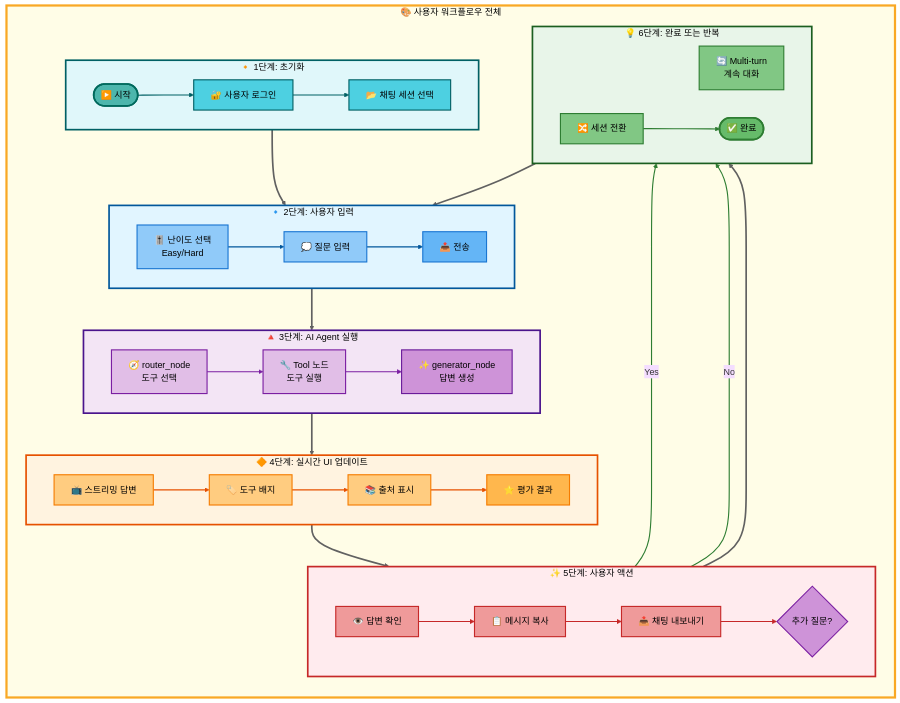
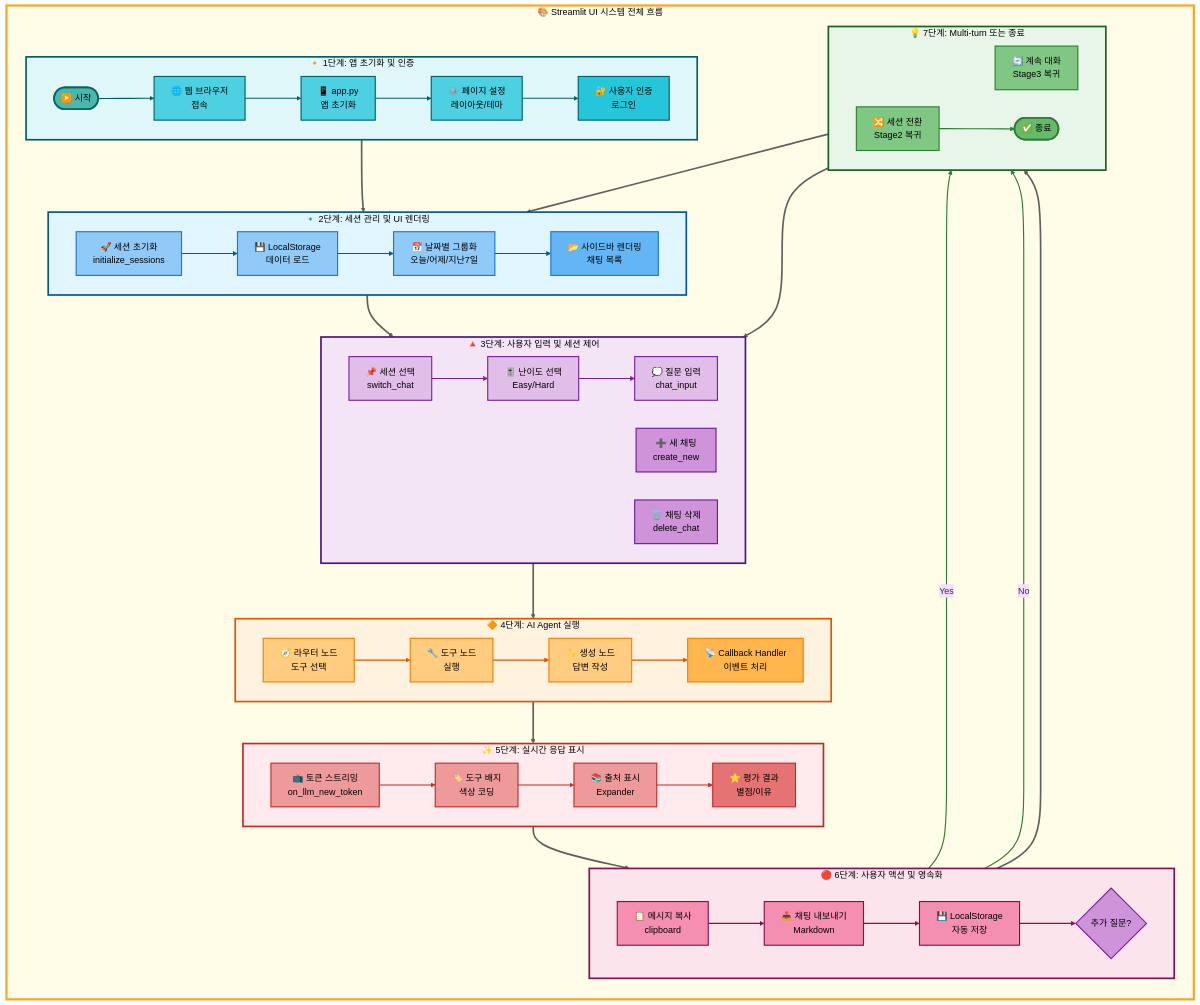
Before and after one commit to AIBootcamp14/langchainproject-new-langchainproject_5: the ninth of 10 diagrams in README.md, drawn with Mermaid (base theme). The commit also changed other lines of this file, not shown here.

Commit message:
docs: Streamlit UI 시스템 아키텍처 통합 (3개 → 1개)
- 기존 3개 아키텍처 통합 (UI 시스템 + 멀티 세션 + 워크플로우)
- 7단계 통합 아키텍처 생성
  1단계: 앱 초기화 및 인증 (청록)
  2단계: 세션 관리 및 UI 렌더링 (파랑)
  3단계: 사용자 입력 및 세션 제어 (보라)
  4단계: AI Agent 실행 (주황)
  5단계: 실시간 응답 표시 (빨강)
  6단계: 사용자 액션 및 영속화 (핑크)
  7단계: Multi-turn 또는 종료 (녹색)
- mermaid_style_3.md 스타일 완벽 준수
- MainFlow 래퍼 + direction TB/LR 구조
- 7단계 색상 팔레트 적용 (청록→파랑→보라→주황→빨강→핑크→녹색)
- Multi-turn 루프백 연결 (Stage7 → Stage3, Stage2)
- 단계 간 회색 연결선, 단계 내 색상 연결선
- linkStyle 순차 번호 (0~28)
- 아키텍처 설명 문단 추가 (7단계 흐름 상세 설명)
- 중복 다이어그램 제거로 문서 간결화 (292줄 → 150줄)

````diff
--- a/README.md
+++ b/README.md
@@ -4767,65 +4517,84 @@
 ```mermaid
 graph TB
-    subgraph MainFlow["🎨 사용자 워크플로우 전체"]
+    subgraph MainFlow["🎨 Streamlit UI 시스템 전체 흐름"]
         direction TB
 
-        subgraph Stage1["🔸 1단계: 초기화"]
+        subgraph Stage1["🔸 1단계: 앱 초기화 및 인증"]
             direction LR
             Start([▶️ 시작])
-            Login["🔐 사용자 로그인"]
-            SelectSession["📂 채팅 세션 선택"]
-            Start --> Login
-            Login --> SelectSession
+            Browser["🌐 웹 브라우저<br/>접속"]
+            AppInit["📱 app.py<br/>앱 초기화"]
+            PageConfig["⚙️ 페이지 설정<br/>레이아웃/테마"]
+            Auth["🔐 사용자 인증<br/>로그인"]
+            Start --> Browser
+            Browser --> AppInit
+            AppInit --> PageConfig
+            PageConfig --> Auth
         end
 
-        subgraph Stage2["🔹 2단계: 사용자 입력"]
+        subgraph Stage2["🔹 2단계: 세션 관리 및 UI 렌더링"]
             direction LR
-            Difficulty["🎚️ 난이도 선택<br/>Easy/Hard"]
-            Question["💭 질문 입력"]
-            Submit["📤 전송"]
-            Difficulty --> Question
-            Question --> Submit
+            InitSession["🚀 세션 초기화<br/>initialize_sessions"]
+            LoadLS["💾 LocalStorage<br/>데이터 로드"]
+            GroupDate["📅 날짜별 그룹화<br/>오늘/어제/지난7일"]
+            RenderSidebar["📂 사이드바 렌더링<br/>채팅 목록"]
+            InitSession --> LoadLS
+            LoadLS --> GroupDate
+            GroupDate --> RenderSidebar
         end
 
-        subgraph Stage3["🔺 3단계: AI Agent 실행"]
+        subgraph Stage3["🔺 3단계: 사용자 입력 및 세션 제어"]
             direction LR
-            Router["🧭 router_node<br/>도구 선택"]
-            Tool["🔧 Tool 노드<br/>도구 실행"]
-            Generator["✨ generator_node<br/>답변 생성"]
-            Router --> Tool
-            Tool --> Generator
+            SelectSession["📌 세션 선택<br/>switch_chat"]
+            Difficulty["🎚️ 난이도 선택<br/>Easy/Hard"]
+            Question["💭 질문 입력<br/>chat_input"]
+            NewChat["➕ 새 채팅<br/>create_new"]
+            DeleteChat["🗑️ 채팅 삭제<br/>delete_chat"]
+            SelectSession --> Difficulty
+            Difficulty --> Question
         end
 
-        subgraph Stage4["🔶 4단계: 실시간 UI 업데이트"]
+        subgraph Stage4["🔶 4단계: AI Agent 실행"]
             direction LR
-            Streaming["📺 스트리밍 답변"]
-            ToolBadge["🏷️ 도구 배지"]
-            Sources["📚 출처 표시"]
-            Eval["⭐ 평가 결과"]
-            Streaming --> ToolBadge
-            ToolBadge --> Sources
-            Sources --> Eval
+            RouterNode["🧭 라우터 노드<br/>도구 선택"]
+            ToolNode["🔧 도구 노드<br/>실행"]
+            GenNode["✨ 생성 노드<br/>답변 작성"]
+            CallbackHandler["📡 Callback Handler<br/>이벤트 처리"]
+            RouterNode --> ToolNode
+            ToolNode --> GenNode
+            GenNode --> CallbackHandler
         end
 
-        subgraph Stage5["✨ 5단계: 사용자 액션"]
+        subgraph Stage5["✨ 5단계: 실시간 응답 표시"]
             direction LR
-            View["👁️ 답변 확인"]
-            Copy["📋 메시지 복사"]
-            Export["📤 채팅 내보내기"]
-            Next{추가 질문?}
-            View --> Copy
-            Copy --> Export
-            Export --> Next
+            TokenStream["📺 토큰 스트리밍<br/>on_llm_new_token"]
+            ToolBadge["🏷️ 도구 배지<br/>색상 코딩"]
+            Sources["📚 출처 표시<br/>Expander"]
+            Evaluation["⭐ 평가 결과<br/>별점/이유"]
+            TokenStream --> ToolBadge
+            ToolBadge --> Sources
+            Sources --> Evaluation
         end
 
-        subgraph Output["💡 6단계: 완료 또는 반복"]
+        subgraph Stage6["🔴 6단계: 사용자 액션 및 영속화"]
             direction LR
-            MultiTurn["🔄 Multi-turn<br/>계속 대화"]
-            Switch["🔀 세션 전환"]
-            End([✅ 완료])
-            Next -->|Yes| MultiTurn
-            Next -->|No| Switch
-            Switch --> End
+            MessageCopy["📋 메시지 복사<br/>clipboard"]
+            ChatExport["📤 채팅 내보내기<br/>Markdown"]
+            SaveLS["💾 LocalStorage<br/>자동 저장"]
+            NextQuestion{추가 질문?}
+            MessageCopy --> ChatExport
+            ChatExport --> SaveLS
+            SaveLS --> NextQuestion
+        end
+
+        subgraph Stage7["💡 7단계: Multi-turn 또는 종료"]
+            direction LR
+            MultiTurn["🔄 계속 대화<br/>Stage3 복귀"]
+            SwitchSession["🔀 세션 전환<br/>Stage2 복귀"]
+            End([✅ 종료])
+            NextQuestion -->|Yes| MultiTurn
+            NextQuestion -->|No| SwitchSession
+            SwitchSession --> End
         end
 
         %% 단계 간 연결
@@ -4833,85 +4602,109 @@
         Stage2 --> Stage3
         Stage3 --> Stage4
         Stage4 --> Stage5
-        Stage5 --> Output
-        MultiTurn --> Stage2
+        Stage5 --> Stage6
+        Stage6 --> Stage7
+        MultiTurn --> Stage3
+        SwitchSession --> Stage2
     end
 
     %% MainFlow 래퍼 스타일
     style MainFlow fill:#fffde7,stroke:#f9a825,stroke-width:4px,color:#000
 
-    %% Subgraph 스타일
+    %% Subgraph 스타일 (7단계 색상 팔레트)
     style Stage1 fill:#e0f7fa,stroke:#006064,stroke-width:3px,color:#000
     style Stage2 fill:#e1f5ff,stroke:#01579b,stroke-width:3px,color:#000
     style Stage3 fill:#f3e5f5,stroke:#4a148c,stroke-width:3px,color:#000
     style Stage4 fill:#fff3e0,stroke:#e65100,stroke-width:3px,color:#000
     style Stage5 fill:#ffebee,stroke:#c62828,stroke-width:3px,color:#000
-    style Output fill:#e8f5e9,stroke:#1b5e20,stroke-width:3px,color:#000
+    style Stage6 fill:#fce4ec,stroke:#880e4f,stroke-width:3px,color:#000
+    style Stage7 fill:#e8f5e9,stroke:#1b5e20,stroke-width:3px,color:#000
 
     %% 노드 스타일 (1단계 - 청록 계열)
     style Start fill:#4db6ac,stroke:#00695c,stroke-width:3px,color:#000
-    style Login fill:#4dd0e1,stroke:#006064,stroke-width:2px,color:#000
-    style SelectSession fill:#4dd0e1,stroke:#006064,stroke-width:2px,color:#000
+    style Browser fill:#4dd0e1,stroke:#006064,stroke-width:2px,color:#000
+    style AppInit fill:#4dd0e1,stroke:#006064,stroke-width:2px,color:#000
+    style PageConfig fill:#4dd0e1,stroke:#006064,stroke-width:2px,color:#000
+    style Auth fill:#26c6da,stroke:#006064,stroke-width:2px,color:#000
 
     %% 노드 스타일 (2단계 - 파랑 계열)
-    style Difficulty fill:#90caf9,stroke:#1976d2,stroke-width:2px,color:#000
-    style Question fill:#90caf9,stroke:#1976d2,stroke-width:2px,color:#000
-    style Submit fill:#64b5f6,stroke:#1976d2,stroke-width:2px,color:#000
+    style InitSession fill:#90caf9,stroke:#1976d2,stroke-width:2px,color:#000
+    style LoadLS fill:#90caf9,stroke:#1976d2,stroke-width:2px,color:#000
+    style GroupDate fill:#90caf9,stroke:#1976d2,stroke-width:2px,color:#000
+    style RenderSidebar fill:#64b5f6,stroke:#1976d2,stroke-width:2px,color:#000
 
     %% 노드 스타일 (3단계 - 보라 계열)
-    style Router fill:#e1bee7,stroke:#7b1fa2,stroke-width:2px,color:#000
-    style Tool fill:#e1bee7,stroke:#7b1fa2,stroke-width:2px,color:#000
-    style Generator fill:#ce93d8,stroke:#6a1b9a,stroke-width:2px,color:#000
+    style SelectSession fill:#e1bee7,stroke:#7b1fa2,stroke-width:2px,color:#000
+    style Difficulty fill:#e1bee7,stroke:#7b1fa2,stroke-width:2px,color:#000
+    style Question fill:#e1bee7,stroke:#7b1fa2,stroke-width:2px,color:#000
+    style NewChat fill:#ce93d8,stroke:#6a1b9a,stroke-width:2px,color:#000
+    style DeleteChat fill:#ce93d8,stroke:#6a1b9a,stroke-width:2px,color:#000
 
     %% 노드 스타일 (4단계 - 주황 계열)
-    style Streaming fill:#ffcc80,stroke:#f57c00,stroke-width:2px,color:#000
-    style ToolBadge fill:#ffcc80,stroke:#f57c00,stroke-width:2px,color:#000
-    style Sources fill:#ffcc80,stroke:#f57c00,stroke-width:2px,color:#000
-    style Eval fill:#ffb74d,stroke:#f57c00,stroke-width:2px,color:#000
+    style RouterNode fill:#ffcc80,stroke:#f57c00,stroke-width:2px,color:#000
+    style ToolNode fill:#ffcc80,stroke:#f57c00,stroke-width:2px,color:#000
+    style GenNode fill:#ffcc80,stroke:#f57c00,stroke-width:2px,color:#000
+    style CallbackHandler fill:#ffb74d,stroke:#f57c00,stroke-width:2px,color:#000
 
     %% 노드 스타일 (5단계 - 빨강 계열)
-    style View fill:#ef9a9a,stroke:#c62828,stroke-width:2px,color:#000
-    style Copy fill:#ef9a9a,stroke:#c62828,stroke-width:2px,color:#000
-    style Export fill:#ef9a9a,stroke:#c62828,stroke-width:2px,color:#000
-    style Next fill:#ce93d8,stroke:#7b1fa2,stroke-width:2px,color:#000
+    style TokenStream fill:#ef9a9a,stroke:#c62828,stroke-width:2px,color:#000
+    style ToolBadge fill:#ef9a9a,stroke:#c62828,stroke-width:2px,color:#000
+    style Sources fill:#ef9a9a,stroke:#c62828,stroke-width:2px,color:#000
+    style Evaluation fill:#e57373,stroke:#c62828,stroke-width:2px,color:#000
 
-    %% 노드 스타일 (6단계 - 녹색 계열)
+    %% 노드 스타일 (6단계 - 핑크 계열)
+    style MessageCopy fill:#f48fb1,stroke:#880e4f,stroke-width:2px,color:#000
+    style ChatExport fill:#f48fb1,stroke:#880e4f,stroke-width:2px,color:#000
+    style SaveLS fill:#f48fb1,stroke:#880e4f,stroke-width:2px,color:#000
+    style NextQuestion fill:#ce93d8,stroke:#7b1fa2,stroke-width:2px,color:#000
+
+    %% 노드 스타일 (7단계 - 녹색 계열)
     style MultiTurn fill:#81c784,stroke:#2e7d32,stroke-width:2px,color:#000
-    style Switch fill:#81c784,stroke:#2e7d32,stroke-width:2px,color:#000
+    style SwitchSession fill:#81c784,stroke:#2e7d32,stroke-width:2px,color:#000
     style End fill:#66bb6a,stroke:#2e7d32,stroke-width:3px,color:#000
 
-    %% 연결선 스타일 (1단계 0~1)
+    %% 연결선 스타일 (1단계 0~3)
     linkStyle 0 stroke:#006064,stroke-width:2px
     linkStyle 1 stroke:#006064,stroke-width:2px
+    linkStyle 2 stroke:#006064,stroke-width:2px
+    linkStyle 3 stroke:#006064,stroke-width:2px
 
-    %% 연결선 스타일 (2단계 2~3)
-    linkStyle 2 stroke:#01579b,stroke-width:2px
-    linkStyle 3 stroke:#01579b,stroke-width:2px
+    %% 연결선 스타일 (2단계 4~6)
+    linkStyle 4 stroke:#01579b,stroke-width:2px
+    linkStyle 5 stroke:#01579b,stroke-width:2px
+    linkStyle 6 stroke:#01579b,stroke-width:2px
 
-    %% 연결선 스타일 (3단계 4~5)
-    linkStyle 4 stroke:#7b1fa2,stroke-width:2px
-    linkStyle 5 stroke:#7b1fa2,stroke-width:2px
+    %% 연결선 스타일 (3단계 7~8)
+    linkStyle 7 stroke:#7b1fa2,stroke-width:2px
+    linkStyle 8 stroke:#7b1fa2,stroke-width:2px
 
-    %% 연결선 스타일 (4단계 6~8)
-    linkStyle 6 stroke:#e65100,stroke-width:2px
-    linkStyle 7 stroke:#e65100,stroke-width:2px
-    linkStyle 8 stroke:#e65100,stroke-width:2px
+    %% 연결선 스타일 (4단계 9~11)
+    linkStyle 9 stroke:#e65100,stroke-width:2px
+    linkStyle 10 stroke:#e65100,stroke-width:2px
+    linkStyle 11 stroke:#e65100,stroke-width:2px
 
-    %% 연결선 스타일 (5단계 9~11)
-    linkStyle 9 stroke:#c62828,stroke-width:2px
-    linkStyle 10 stroke:#c62828,stroke-width:2px
-    linkStyle 11 stroke:#c62828,stroke-width:2px
+    %% 연결선 스타일 (5단계 12~14)
+    linkStyle 12 stroke:#c62828,stroke-width:2px
+    linkStyle 13 stroke:#c62828,stroke-width:2px
+    linkStyle 14 stroke:#c62828,stroke-width:2px
 
-    %% 연결선 스타일 (6단계 12~14)
-    linkStyle 12 stroke:#2e7d32,stroke-width:2px
-    linkStyle 13 stroke:#2e7d32,stroke-width:2px
-    linkStyle 14 stroke:#2e7d32,stroke-width:2px
+    %% 연결선 스타일 (6단계 15~17)
+    linkStyle 15 stroke:#880e4f,stroke-width:2px
+    linkStyle 16 stroke:#880e4f,stroke-width:2px
+    linkStyle 17 stroke:#880e4f,stroke-width:2px
 
-    %% 단계 간 연결 (회색 15~20)
-    linkStyle 15 stroke:#616161,stroke-width:3px
-    linkStyle 16 stroke:#616161,stroke-width:3px
-    linkStyle 17 stroke:#616161,stroke-width:3px
-    linkStyle 18 stroke:#616161,stroke-width:3px
-    linkStyle 19 stroke:#616161,stroke-width:3px
-    linkStyle 20 stroke:#616161,stroke-width:3px
+    %% 연결선 스타일 (7단계 18~20)
+    linkStyle 18 stroke:#2e7d32,stroke-width:2px
+    linkStyle 19 stroke:#2e7d32,stroke-width:2px
+    linkStyle 20 stroke:#2e7d32,stroke-width:2px
+
+    %% 단계 간 연결 (회색 21~27)
+    linkStyle 21 stroke:#616161,stroke-width:3px
+    linkStyle 22 stroke:#616161,stroke-width:3px
+    linkStyle 23 stroke:#616161,stroke-width:3px
+    linkStyle 24 stroke:#616161,stroke-width:3px
+    linkStyle 25 stroke:#616161,stroke-width:3px
+    linkStyle 26 stroke:#616161,stroke-width:3px
+    linkStyle 27 stroke:#616161,stroke-width:3px
+    linkStyle 28 stroke:#616161,stroke-width:3px
 ```
````
